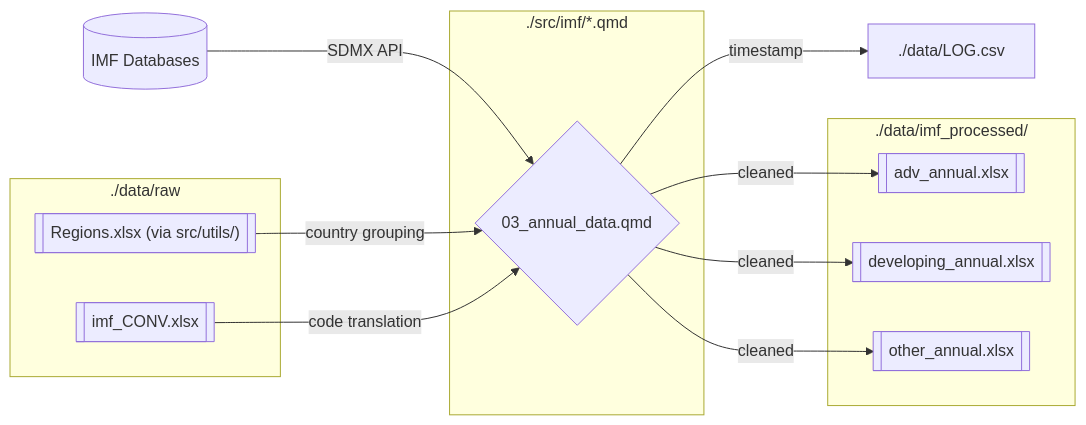
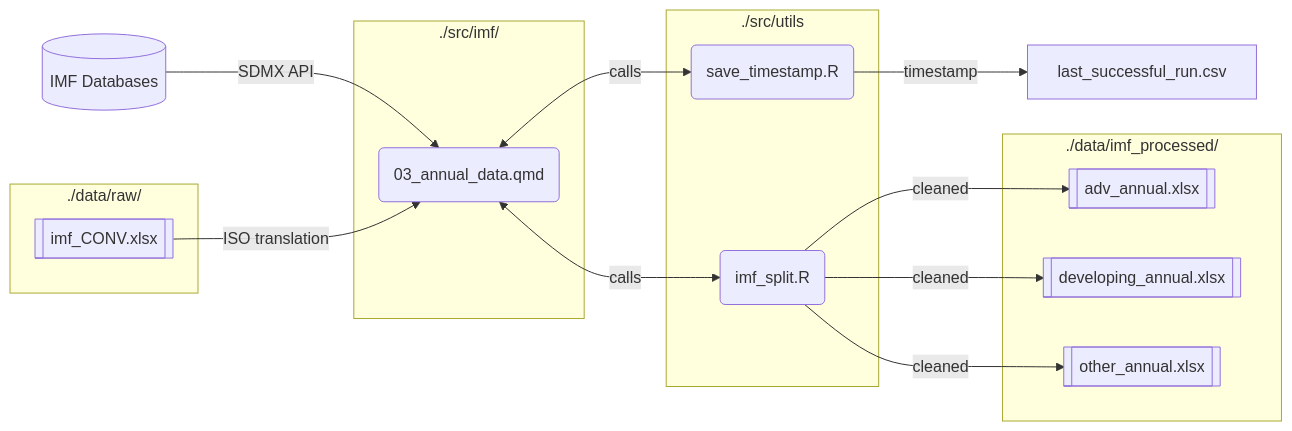
One commit to skriptum/WESP-Pipeline changed the diagram in README.md. Above: the diagram before and after it, drawn with Mermaid. The commit also changed other lines of this file and 1 other file, not shown here.

Commit message:
exand readme considerably

````diff
--- a/README.md
+++ b/README.md
@@ -44,22 +17,26 @@
 ```mermaid
 graph LR
 
-subgraph ./src/imf/*.qmd
-R{03_annual_data.qmd}
+subgraph ./src/imf/
+R(03_annual_data.qmd)
 end
 
 subgraph ./data/imf_processed/
 1 & 2 & 3
 end
 
-subgraph ./data/raw
-A[["Regions.xlsx (via src/utils/)"]] & B[[imf_CONV.xlsx]]
+subgraph ./data/raw/
+B[[imf_CONV.xlsx]]
 end
 
-I[(IMF Databases)] --SDMX API--> R 
-A --"country grouping"--> R 
-B --code translation--> R
-R --cleaned--> 1[[adv_annual.xlsx]] & 2[[developing_annual.xlsx]] & 3[[other_annual.xlsx]] 
-R --timestamp--> 4[./data/LOG.csv]
+subgraph ./src/utils
+a(save_timestamp.R)
+b(imf_split.R)
+end
+
+I[(IMF Databases)] --SDMX API--> R  
+B --ISO translation--> R
+R <--calls--> b --cleaned--> 1[[adv_annual.xlsx]] & 2[[developing_annual.xlsx]] & 3[[other_annual.xlsx]] 
+R <--calls--> a --timestamp--> 4[last_successful_run.csv]
 
 ```
````
